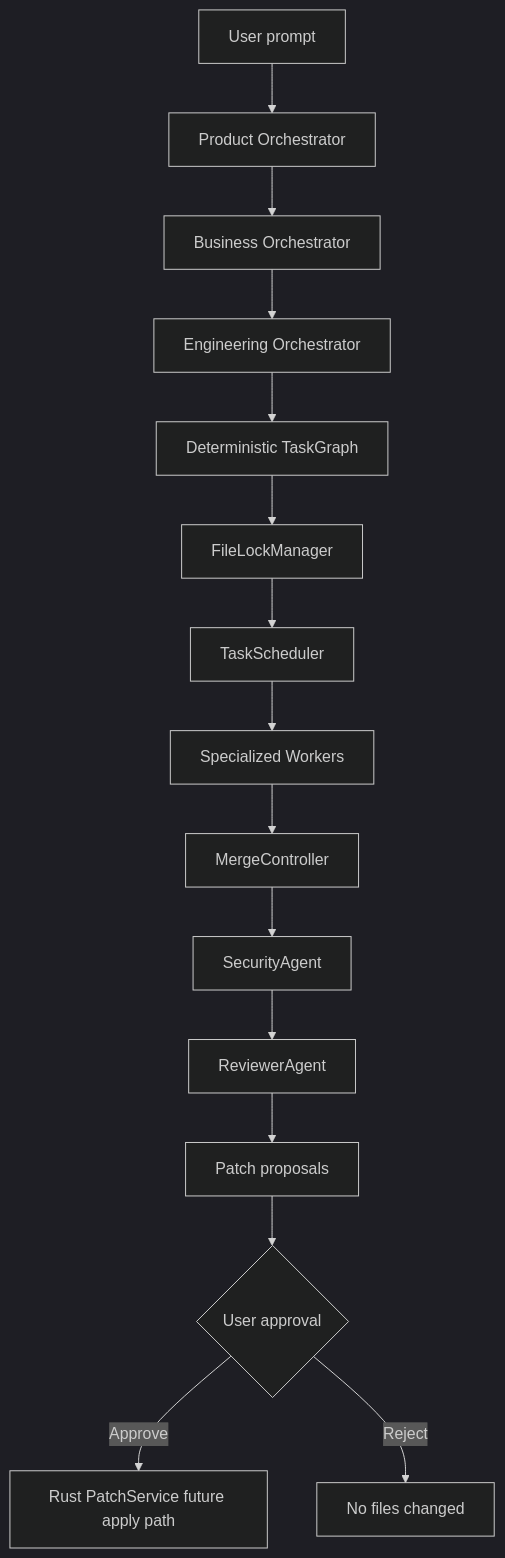
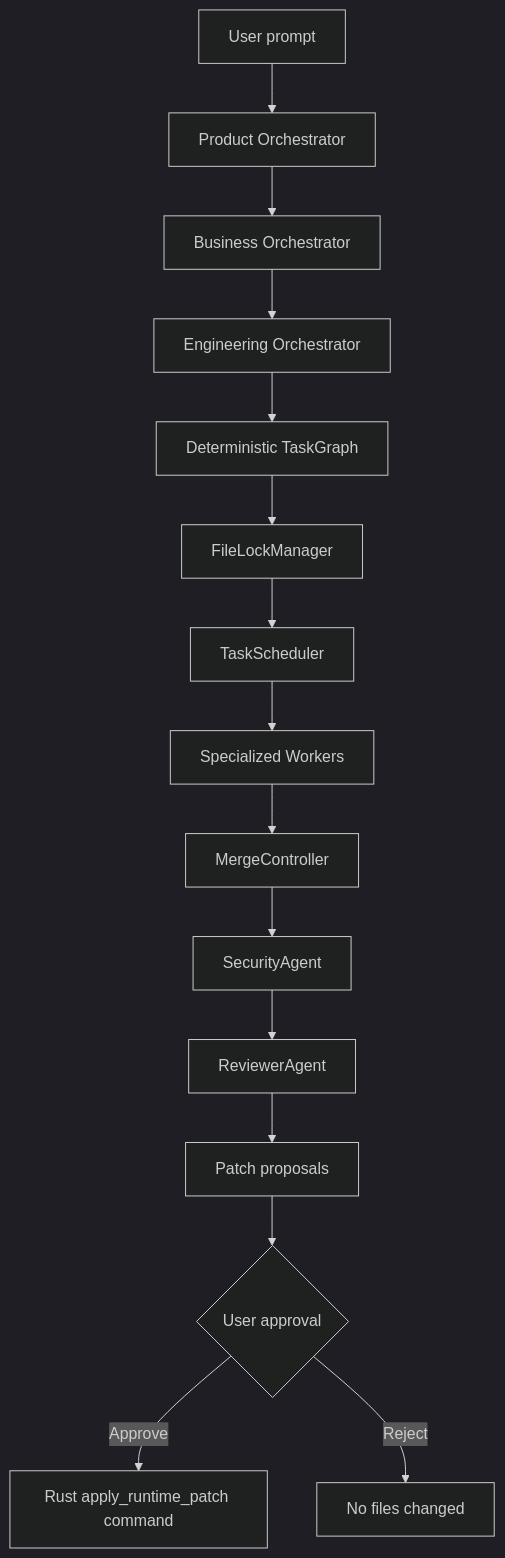
The diagram in docs/orchestration-flow.md (abdoabozena7/OrchCode_Studio_-Multi-Agent-Coding-System-), drawn with Mermaid (dark theme) before and after one commit. The commit also changed other lines of this file and 58 other files, not shown here.

First line of the commit message:
Add Rust-gated run flow, RunEngine & workers

````diff
--- a/docs/orchestration-flow.md
+++ b/docs/orchestration-flow.md
@@ -3,17 +3,17 @@
 ```mermaid
 flowchart TD
   U["User prompt"] --> P["Product Orchestrator"]
   P --> B["Business Orchestrator"]
   B --> E["Engineering Orchestrator"]
   E --> G["Deterministic TaskGraph"]
   G --> L["FileLockManager"]
   L --> S["TaskScheduler"]
   S --> W["Specialized Workers"]
   W --> M["MergeController"]
   M --> Sec["SecurityAgent"]
   Sec --> R["ReviewerAgent"]
   R --> PP["Patch proposals"]
   PP --> A{"User approval"}
-  A -->|Approve| Rust["Rust PatchService future apply path"]
+  A -->|Approve| Rust["Rust apply_runtime_patch command"]
   A -->|Reject| Stop["No files changed"]
 ```
````
